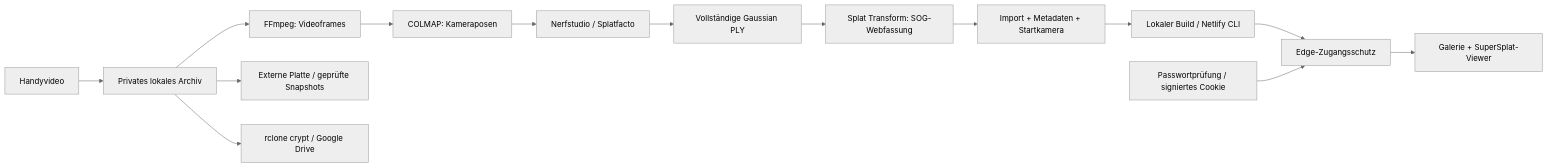
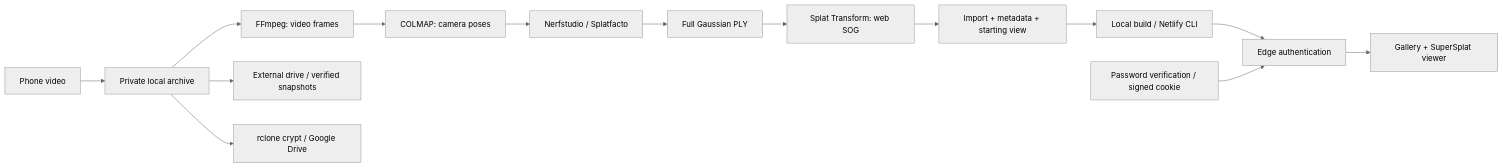
One commit to Mjakinin/room-memories changed the diagram in README.md. Above: the diagram before and after it, drawn with Mermaid (neutral theme). The commit also changed other lines of this file and 4 other files, not shown here.

````diff
--- a/README.md
+++ b/README.md
@@ -27,16 +29,16 @@
 ```mermaid
 flowchart LR
-    Phone[Handyvideo] --> Archive[Privates lokales Archiv]
-    Archive --> FFmpeg[FFmpeg: Videoframes]
-    FFmpeg --> COLMAP[COLMAP: Kameraposen]
+    Phone[Phone video] --> Archive[Private local archive]
+    Archive --> FFmpeg[FFmpeg: video frames]
+    FFmpeg --> COLMAP[COLMAP: camera poses]
     COLMAP --> Splatfacto[Nerfstudio / Splatfacto]
-    Splatfacto --> PLY[Vollständige Gaussian PLY]
-    PLY --> SOG[Splat Transform: SOG-Webfassung]
-    SOG --> Import[Import + Metadaten + Startkamera]
-    Import --> Deploy[Lokaler Build / Netlify CLI]
-    Deploy --> Gate[Edge-Zugangsschutz]
-    Login[Passwortprüfung / signiertes Cookie] --> Gate
-    Gate --> Gallery[Galerie + SuperSplat-Viewer]
-    Archive --> Disk[Externe Platte / geprüfte Snapshots]
+    Splatfacto --> PLY[Full Gaussian PLY]
+    PLY --> SOG[Splat Transform: web SOG]
+    SOG --> Import[Import + metadata + starting view]
+    Import --> Deploy[Local build / Netlify CLI]
+    Deploy --> Gate[Edge authentication]
+    Login[Password verification / signed cookie] --> Gate
+    Gate --> Gallery[Gallery + SuperSplat viewer]
+    Archive --> Disk[External drive / verified snapshots]
     Archive --> Crypt[rclone crypt / Google Drive]
 ```
````
